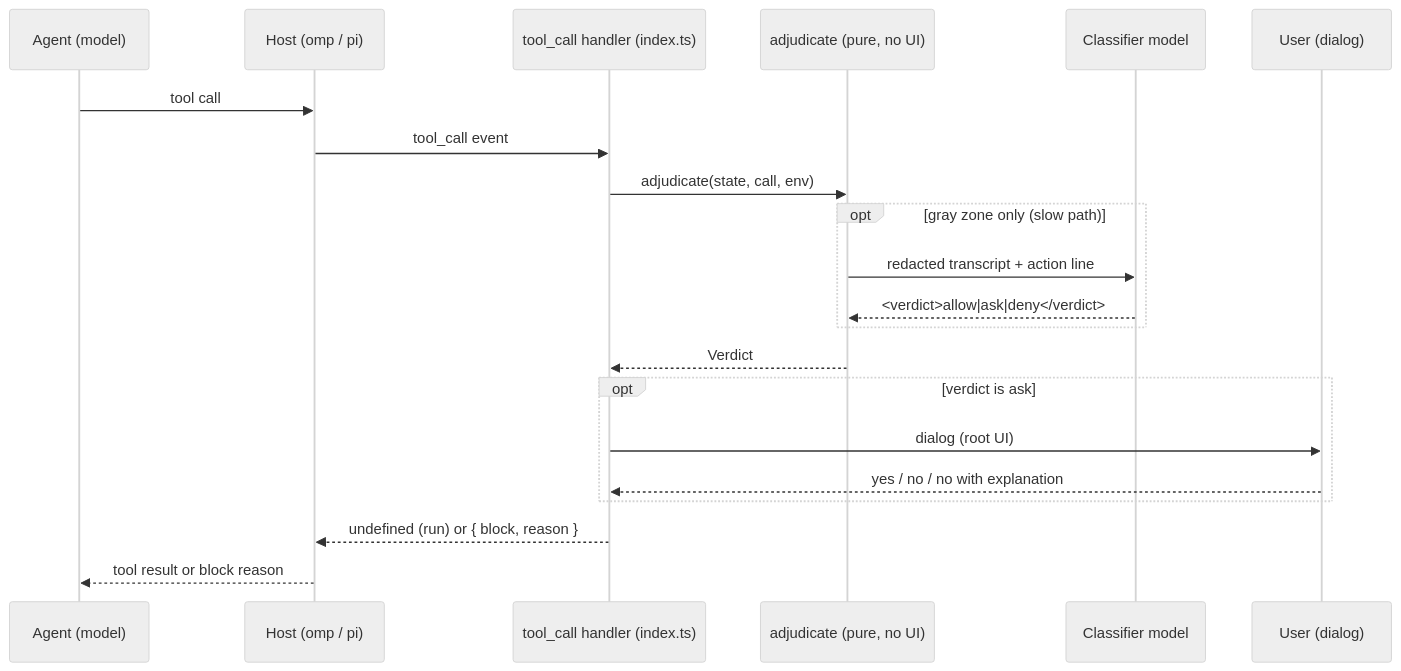
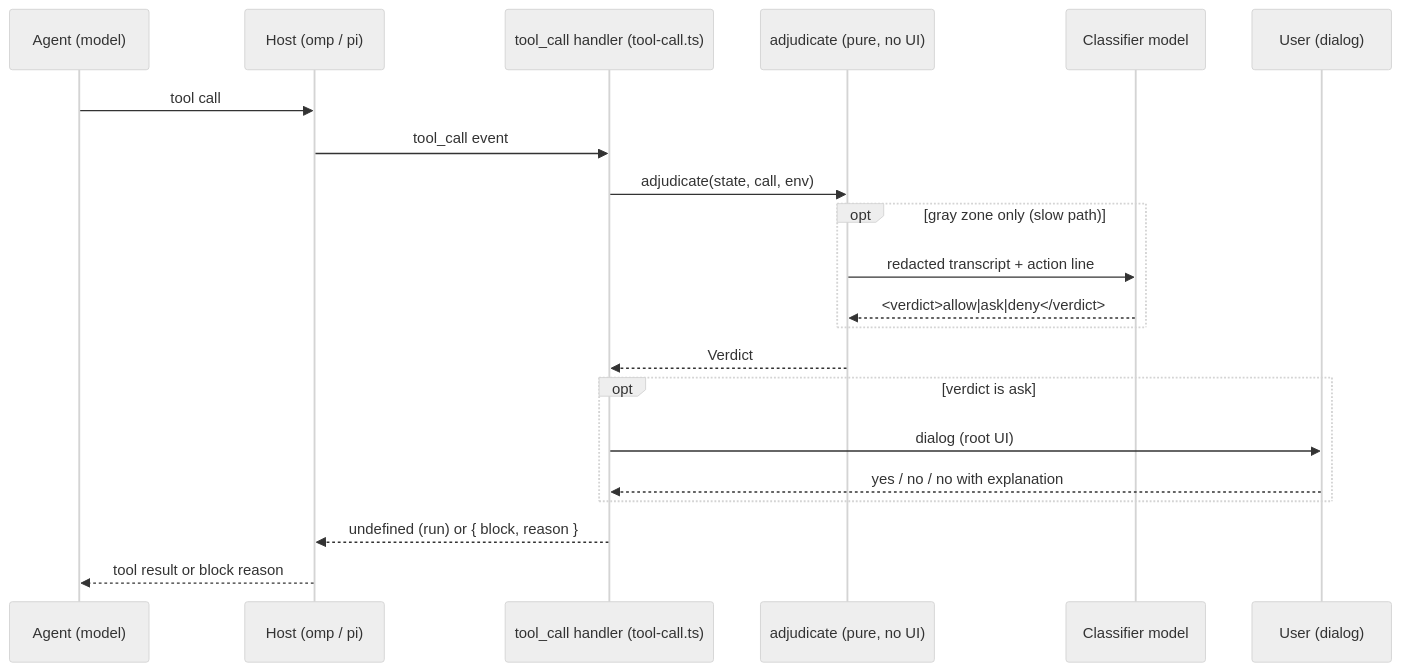
Before and after one commit to jonatsu/pi-verdict: the first of 5 diagrams in docs/architecture.md, drawn with Mermaid (neutral theme). The commit also changed other lines of this file, not shown here.

First line of the commit message:
docs(architecture): describe the split handler and host modules

````diff
--- a/docs/architecture.md
+++ b/docs/architecture.md
@@ -15,23 +15,23 @@
 ```mermaid
 sequenceDiagram
   participant Agent as Agent (model)
   participant Host as Host (omp / pi)
-  participant Handler as tool_call handler (index.ts)
+  participant Handler as tool_call handler (tool-call.ts)
   participant Core as adjudicate (pure, no UI)
   participant Model as Classifier model
   participant User as User (dialog)
   Agent->>Host: tool call
   Host->>Handler: tool_call event
   Handler->>Core: adjudicate(state, call, env)
   opt gray zone only (slow path)
     Core->>Model: redacted transcript + action line
     Model-->>Core: <verdict>allow|ask|deny</verdict>
   end
   Core-->>Handler: Verdict
   opt verdict is ask
     Handler->>User: dialog (root UI)
     User-->>Handler: yes / no / no with explanation
   end
   Handler-->>Host: undefined (run) or { block, reason }
   Host-->>Agent: tool result or block reason
 ```
````
